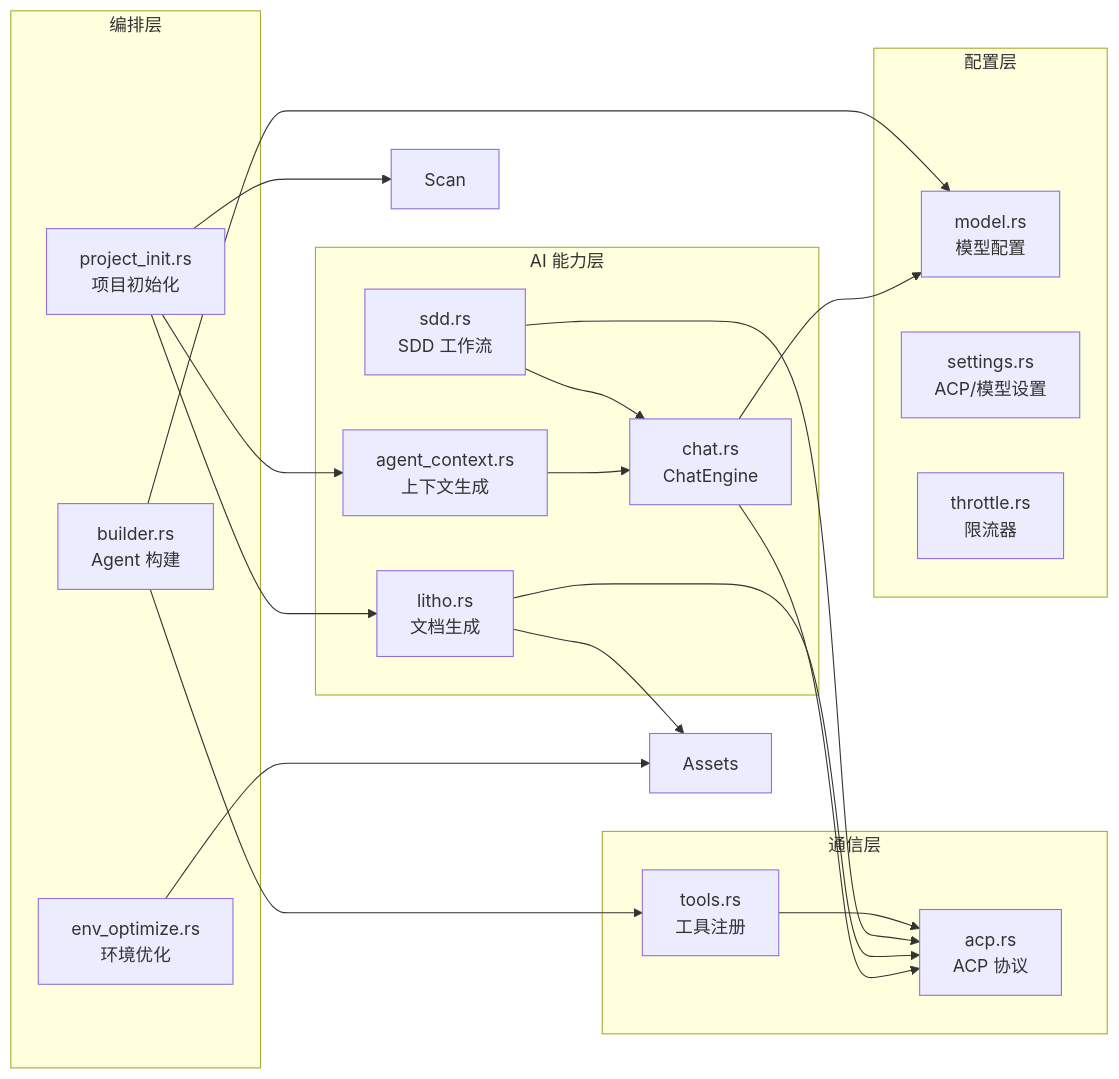
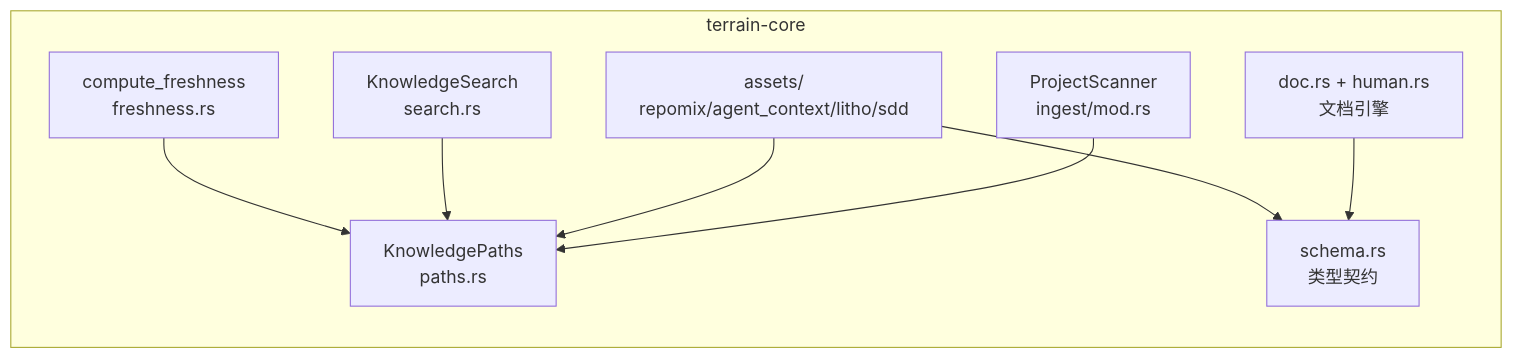
The fourth of 6 diagrams in .terrain/human/2.架构.md (sopaco/terrain), drawn with Mermaid before and after one commit. The commit also changed other lines of this file and 27 other files, not shown here.

````diff
--- a/.terrain/human/2.架构.md
+++ b/.terrain/human/2.架构.md
@@ -193,38 +204,19 @@
 ```mermaid
 graph LR
-    subgraph AI 能力层
-        Chat["chat.rs<br/>ChatEngine"]
-        Litho["litho.rs<br/>文档生成"]
-        AgentCtx["agent_context.rs<br/>上下文生成"]
-        SDD["sdd.rs<br/>SDD 工作流"]
-    end
-    subgraph 通信层
-        ACP["acp.rs<br/>ACP 协议"]
-        Tools["tools.rs<br/>工具注册"]
-    end
-    subgraph 配置层
-        Model["model.rs<br/>模型配置"]
-        Settings["settings.rs<br/>ACP/模型设置"]
-        Throttle["throttle.rs<br/>限流器"]
-    end
-    subgraph 编排层
-        Init["project_init.rs<br/>项目初始化"]
-        EnvOpt["env_optimize.rs<br/>环境优化"]
-        Builder["builder.rs<br/>Agent 构建"]
+    subgraph coreInfra["terrain-core"]
+        Paths["KnowledgePaths<br/>paths.rs"]
+        Ingest["ProjectScanner<br/>ingest/mod.rs"]
+        Assets["assets/<br/>repomix/agent_context/litho/sdd"]
+        Search["KnowledgeSearch<br/>search.rs"]
+        Fresh["compute_freshness<br/>freshness.rs"]
+        Schema["schema.rs<br/>类型契约"]
+        Doc["doc.rs + human.rs<br/>文档引擎"]
     end
 
-    Chat --> ACP
-    Chat --> Model
-    Litho --> ACP
-    Litho --> Assets
-    AgentCtx --> Chat
-    SDD --> ACP
-    SDD --> Chat
-    Init --> Scan
-    Init --> AgentCtx
-    Init --> Litho
-    Builder --> Model
-    Builder --> Tools
-    Tools --> ACP
-    EnvOpt --> Assets
+    Ingest --> Paths
+    Assets --> Paths
+    Search --> Paths
+    Fresh --> Paths
+    Doc --> Schema
+    Assets --> Schema
 ```
````
